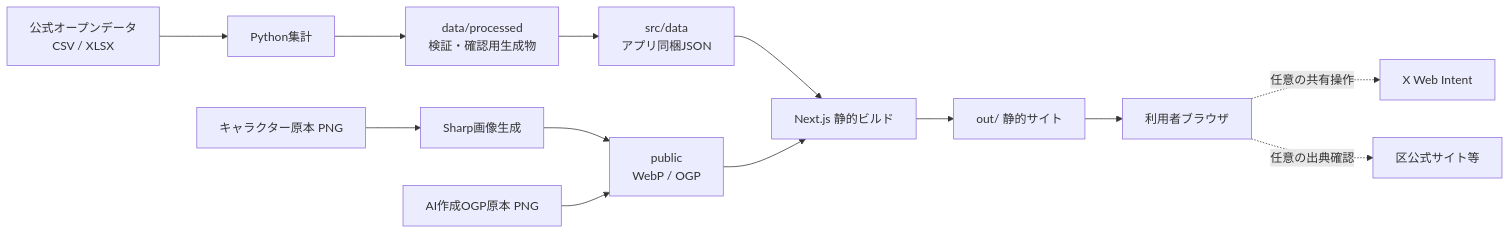
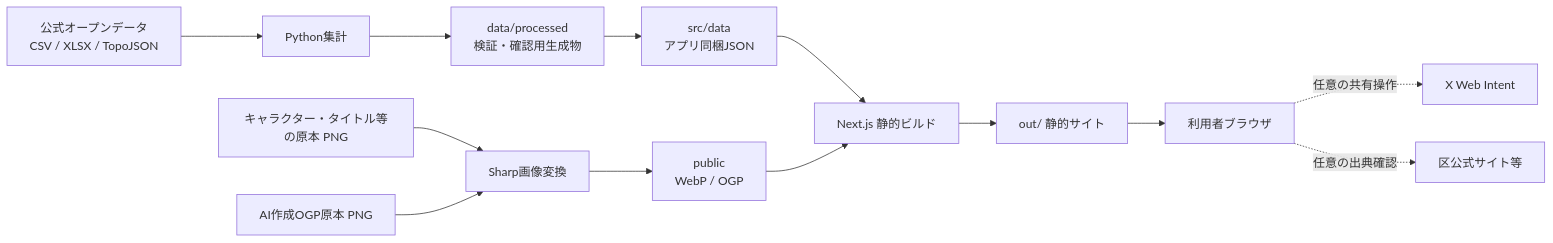
One commit to FukaseDaichi/TokyoOpenDataHackathon changed the first of 2 diagrams in docs/system-design/01-system-overview.md. Above: the diagram before and after it, drawn with Mermaid. The commit also changed 7 other files, not shown here.

````diff
--- a/docs/system-design/01-system-overview.md
+++ b/docs/system-design/01-system-overview.md
@@ -9,15 +9,15 @@
 ```mermaid
 flowchart LR
-  Raw["公式オープンデータ\nCSV / XLSX"] --> Py["Python集計"]
+  Raw["公式オープンデータ\nCSV / XLSX / TopoJSON"] --> Py["Python集計"]
   Py --> Processed["data/processed\n検証・確認用生成物"]
   Processed --> Snapshot["src/data\nアプリ同梱JSON"]
-  Assets["キャラクター原本 PNG"] --> Sharp["Sharp画像生成"]
+  Assets["キャラクター・タイトル等の原本 PNG"] --> Sharp["Sharp画像変換"]
   Sharp --> Public["public\nWebP / OGP"]
-  OgArt["AI作成OGP原本 PNG"] --> Public
+  OgArt["AI作成OGP原本 PNG"] --> Sharp
   Snapshot --> Next["Next.js 静的ビルド"]
   Public --> Next
   Next --> Out["out/ 静的サイト"]
   Out --> Browser["利用者ブラウザ"]
   Browser -. "任意の共有操作" .-> X["X Web Intent"]
   Browser -. "任意の出典確認" .-> Sources["区公式サイト等"]
 ```
````
